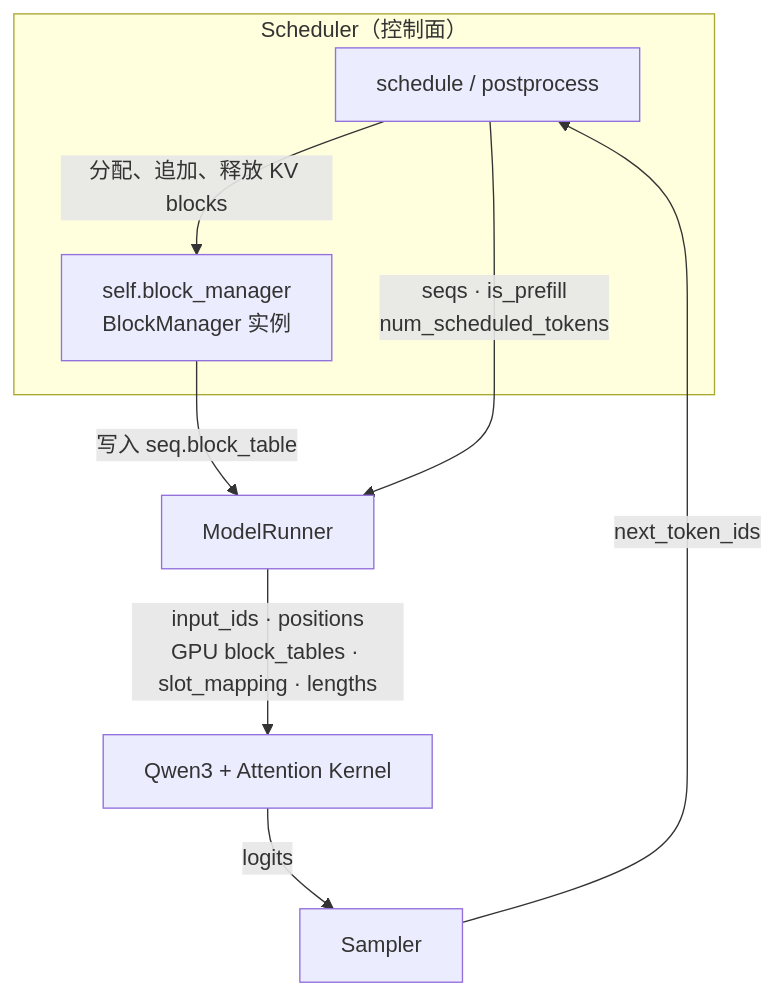
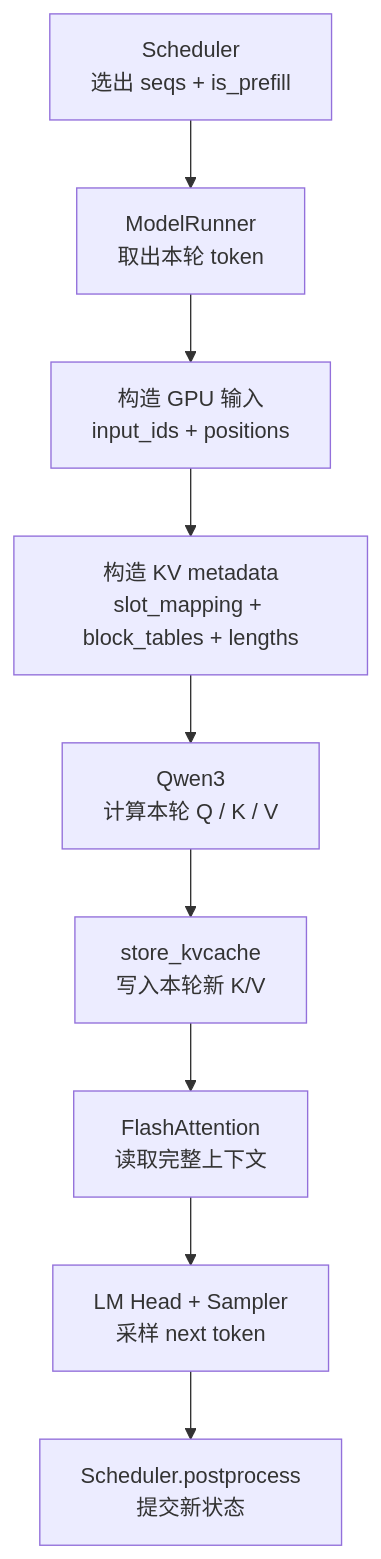
One commit to vivian-9907/nano-vllm changed the first of 2 diagrams in docs/01 推理框架与Attention Kernel的数据链路.md. Above: the diagram before and after it, drawn with Mermaid. The commit also changed other lines of this file and 7 other files, not shown here.

````diff
--- a/docs/01 推理框架与Attention Kernel的数据链路.md
+++ b/docs/01 推理框架与Attention Kernel的数据链路.md
@@ -5,17 +27,14 @@
 ```mermaid
 flowchart TD
-    subgraph SCH["Scheduler（控制面）"]
-        S["schedule / postprocess"]
-        BM["self.block_manager<br/>BlockManager 实例"]
-        S -->|"分配、追加、释放 KV blocks"| BM
-    end
-    MR["ModelRunner"]
-    A["Qwen3 + Attention Kernel"]
-    SP["Sampler"]
+    A["Scheduler<br/>选出 seqs + is_prefill"]
+    B["ModelRunner<br/>取出本轮 token"]
+    C["构造 GPU 输入<br/>input_ids + positions"]
+    D["构造 KV metadata<br/>slot_mapping + block_tables + lengths"]
+    E["Qwen3<br/>计算本轮 Q / K / V"]
+    F["store_kvcache<br/>写入本轮新 K/V"]
+    G["FlashAttention<br/>读取完整上下文"]
+    H["LM Head + Sampler<br/>采样 next token"]
+    I["Scheduler.postprocess<br/>提交新状态"]
 
-    BM -->|"写入 seq.block_table"| MR
-    S -->|"seqs · is_prefill<br/>num_scheduled_tokens"| MR
-    MR -->|"input_ids · positions<br/>GPU block_tables · slot_mapping · lengths"| A
-    A -->|"logits"| SP
-    SP -->|"next_token_ids"| S
+    A --> B --> C --> D --> E --> F --> G --> H --> I
 ```
````
